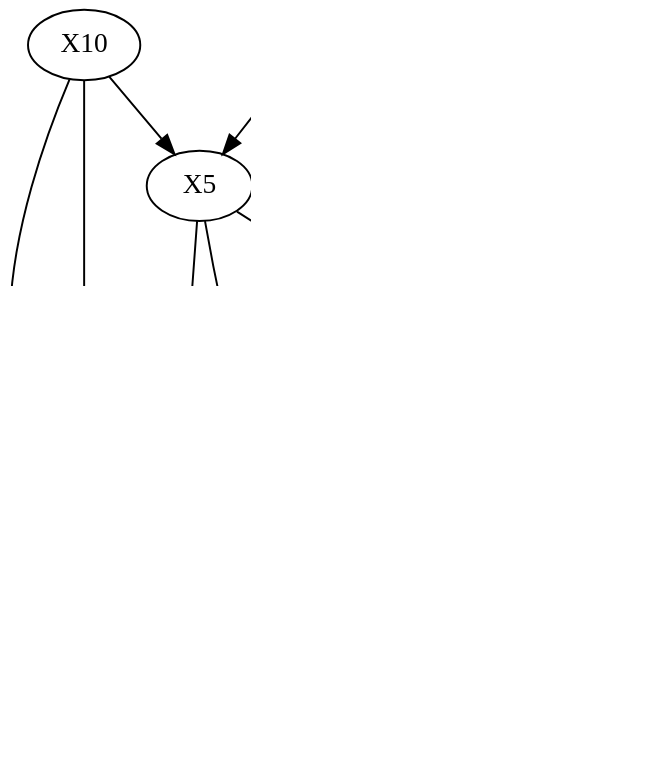
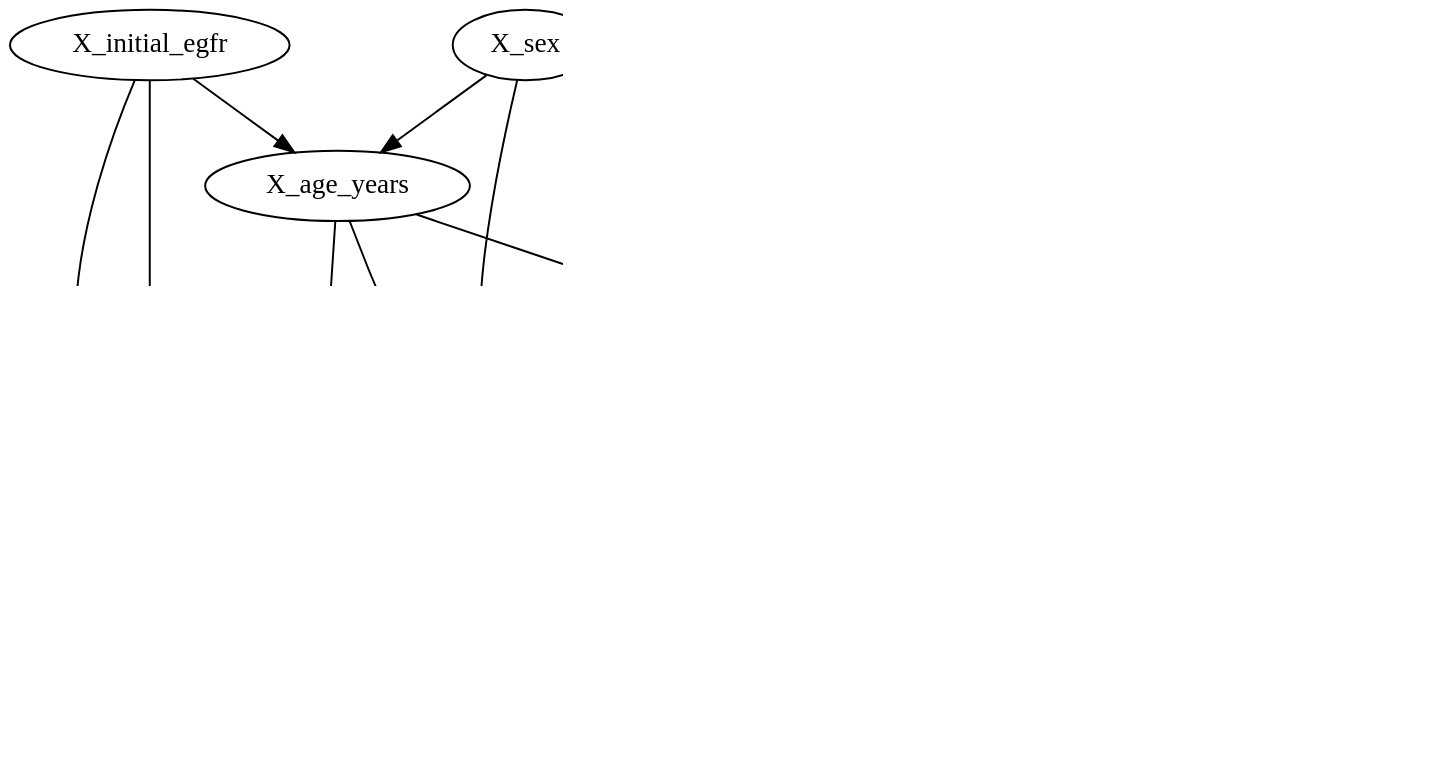
The diagram in causal_graphs/static_trial108_causal_graph.dot (EduardoBirchal/causal-discovery-clinical-trials), drawn with Graphviz before and after one commit. The commit also changed 6 other files, not shown here.

```diff
--- a/causal_graphs/static_trial108_causal_graph.dot
+++ b/causal_graphs/static_trial108_causal_graph.dot
@@ -1,34 +1,34 @@
 digraph {
 fontsize=18;
 dpi=200;
-0 [label=X1];
-1 [label=X2];
-2 [label=X3];
-3 [label=X4];
-4 [label=X5];
-5 [label=X6];
-6 [label=X7];
-7 [label=X8];
-8 [label=X9];
-9 [label=X10];
-10 [label=X11];
+0 [label="YP_composite_14d"];
+1 [label="YS_death_14d"];
+2 [label="YS_dialysis_14d"];
+3 [label="YS_aki_progression_14d"];
+4 [label="X_age_years"];
+5 [label="X_sex"];
+6 [label="X_hospital"];
+7 [label="X_baseline_creatinine"];
+8 [label="X_sofa_0d"];
+9 [label="X_initial_egfr"];
+10 [label="Treatment_Usual care"];
 0 -> 1 [dir=both, arrowtail=none, arrowhead=normal];
 0 -> 3 [dir=both, arrowtail=none, arrowhead=normal];
 2 -> 1 [dir=both, arrowtail=none, arrowhead=normal];
 1 -> 3 [dir=both, arrowtail=none, arrowhead=normal];
 1 -> 8 [dir=both, arrowtail=none, arrowhead=normal];
 3 -> 2 [dir=both, arrowtail=none, arrowhead=normal];
 7 -> 2 [dir=both, arrowtail=none, arrowhead=normal];
 2 -> 8 [dir=both, arrowtail=none, arrowhead=none];
 4 -> 3 [dir=both, arrowtail=none, arrowhead=normal];
 5 -> 4 [dir=both, arrowtail=none, arrowhead=normal];
 4 -> 6 [dir=both, arrowtail=none, arrowhead=normal];
 4 -> 7 [dir=both, arrowtail=none, arrowhead=normal];
 9 -> 4 [dir=both, arrowtail=none, arrowhead=normal];
 5 -> 7 [dir=both, arrowtail=none, arrowhead=normal];
 5 -> 8 [dir=both, arrowtail=none, arrowhead=normal];
 8 -> 6 [dir=both, arrowtail=none, arrowhead=normal];
 9 -> 6 [dir=both, arrowtail=none, arrowhead=normal];
 8 -> 7 [dir=both, arrowtail=none, arrowhead=normal];
 9 -> 7 [dir=both, arrowtail=none, arrowhead=normal];
 }
```
